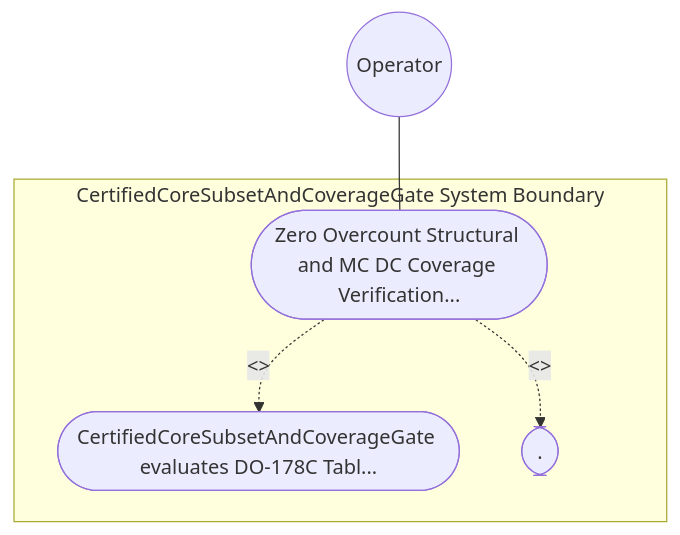
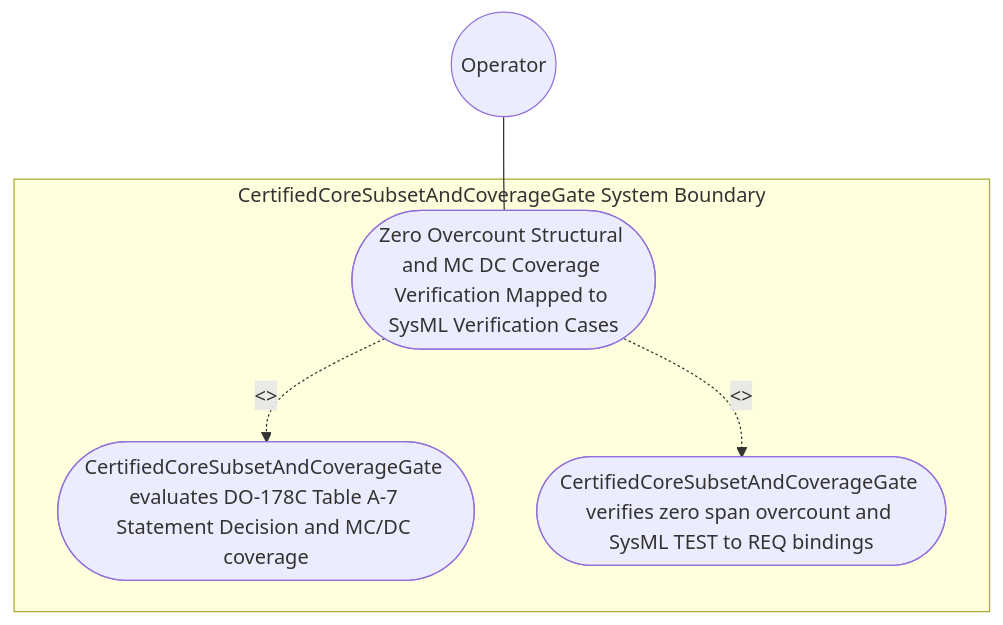
The diagram in .pipeline/upstream/docs/use-cases/UC-62-Zero_Overcount_Structural_and_MC_DC_Coverage_Verification_Mapped_to_SysML_Verification_Cases.md (gintatkinson/DEAP01-spec-core), drawn with Mermaid before and after one commit. The commit also changed other lines of this file and 225 other files, not shown here.

````diff
--- a/.pipeline/upstream/docs/use-cases/UC-62-Zero_Overcount_Structural_and_MC_DC_Coverage_Verification_Mapped_to_SysML_Verification_Cases.md
+++ b/.pipeline/upstream/docs/use-cases/UC-62-Zero_Overcount_Structural_and_MC_DC_Coverage_Verification_Mapped_to_SysML_Verification_Cases.md
@@ -16,11 +16,11 @@
 ```mermaid
 graph TD
     subgraph "CertifiedCoreSubsetAndCoverageGate System Boundary"
-        UC_Main(["Zero Overcount Structural and MC DC Coverage Verification..."])
-        UC_Step01(["CertifiedCoreSubsetAndCoverageGate evaluates DO-178C Tabl..."])
-        UC_Step02(["."])
+        UC_Main(["Zero Overcount Structural and MC DC Coverage Verification Mapped to SysML Verification Cases"])
+        UC_Step01(["CertifiedCoreSubsetAndCoverageGate evaluates DO-178C Table A-7 Statement Decision and MC/DC coverage"])
+        UC_Step02(["CertifiedCoreSubsetAndCoverageGate verifies zero span overcount and SysML TEST to REQ bindings"])
     end
     Operator(("Operator")) --- UC_Main
     UC_Main -. "<<include>>" .-> UC_Step01
     UC_Main -. "<<include>>" .-> UC_Step02
 ```
````
